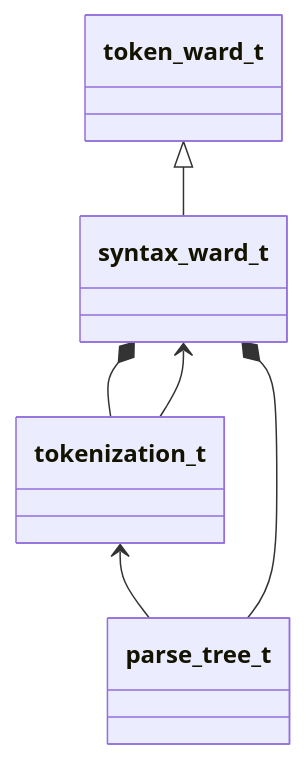
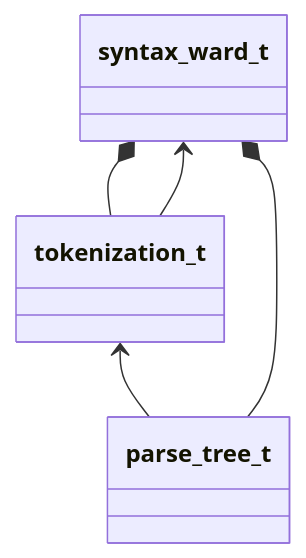
One commit to TobyBrull/silva changed the diagram in cpp/syntax/readme.md. Above: the diagram before and after it, drawn with Mermaid. The commit also changed other lines of this file and 13 other files, not shown here.

Commit message:
merge token_ward_t into syntax_ward_t

````diff
--- a/cpp/syntax/readme.md
+++ b/cpp/syntax/readme.md
@@ -14,8 +13,7 @@
 ```mermaid
 classDiagram
-    token_ward_t <|-- syntax_ward_t
     tokenization_t <-- parse_tree_t
     syntax_ward_t *-- tokenization_t
     syntax_ward_t *-- parse_tree_t
     syntax_ward_t <-- tokenization_t
 ```
````
